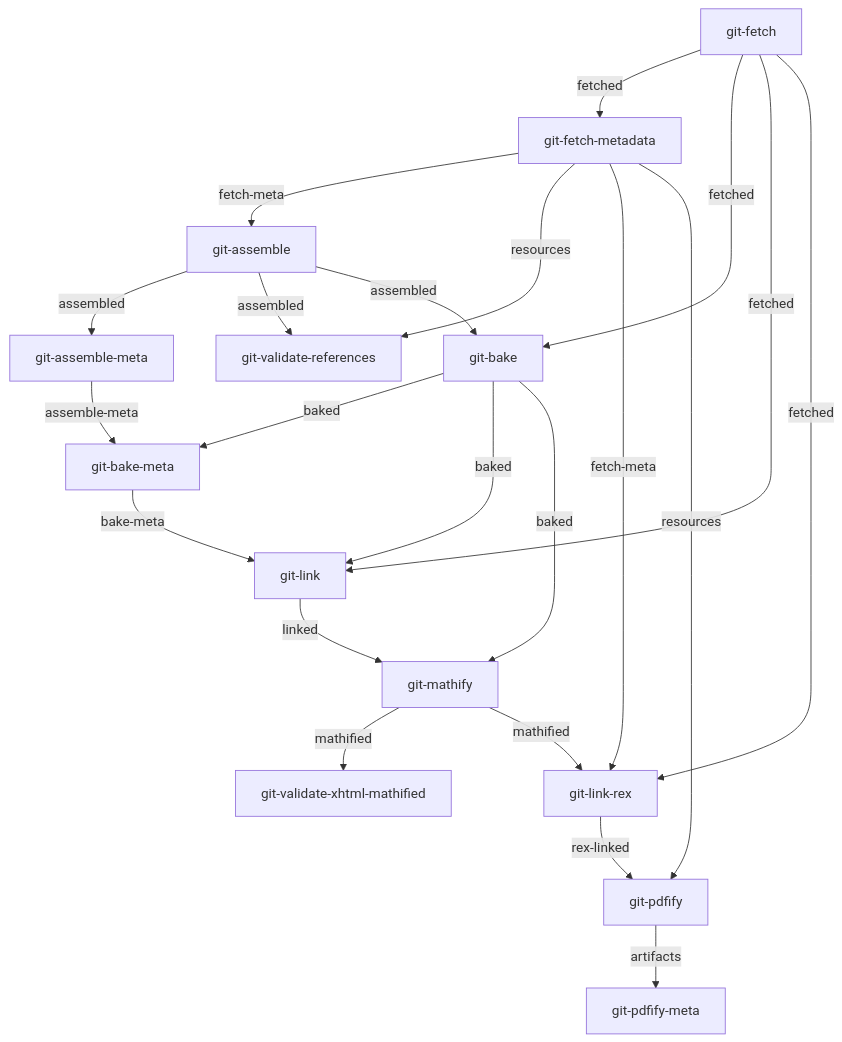
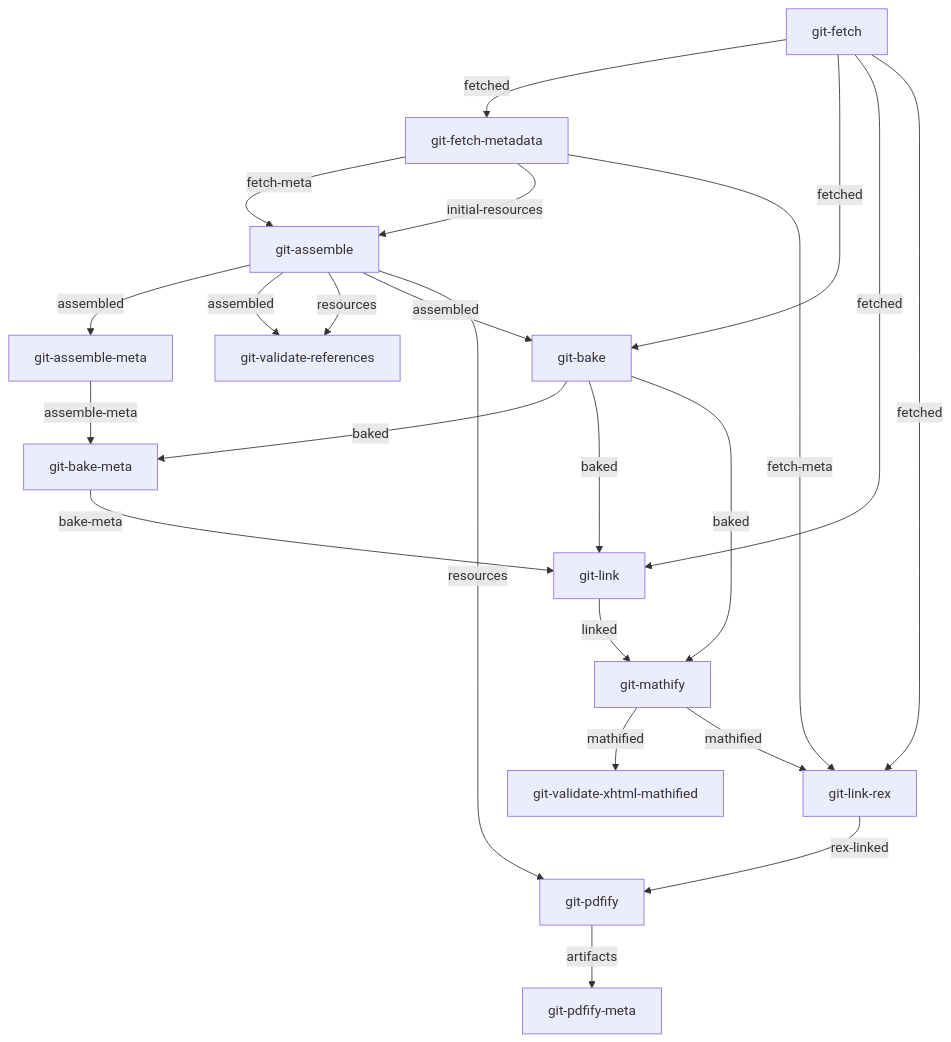
Before and after one commit to openstax/enki: the diagram in README.md, drawn with Mermaid. The commit also changed 10 other files, not shown here.

Commit message:
add initial resources folder into the steps

````diff
--- a/README.md
+++ b/README.md
@@ -111,24 +111,25 @@
 ```mermaid
 graph TB
     git-fetch -- fetched --> git-fetch-metadata
     git-fetch-metadata -- fetch-meta --> git-assemble
+    git-fetch-metadata -- initial-resources --> git-assemble
     git-assemble -- assembled --> git-assemble-meta
     git-assemble -- assembled --> git-validate-references
-    git-fetch-metadata -- resources --> git-validate-references
+    git-assemble -- resources --> git-validate-references
     git-fetch -- fetched --> git-bake
     git-assemble -- assembled --> git-bake
     git-assemble-meta -- assemble-meta --> git-bake-meta
     git-bake -- baked --> git-bake-meta
     git-bake -- baked --> git-link
     git-bake-meta -- bake-meta --> git-link
     git-fetch -- fetched --> git-link
     git-link -- linked --> git-mathify
     git-bake -- baked --> git-mathify
     git-mathify -- mathified --> git-validate-xhtml-mathified
     git-mathify -- mathified --> git-link-rex
     git-fetch -- fetched --> git-link-rex
     git-fetch-metadata -- fetch-meta --> git-link-rex
     git-link-rex -- rex-linked --> git-pdfify
-    git-fetch-metadata -- resources --> git-pdfify
+    git-assemble -- resources --> git-pdfify
     git-pdfify -- artifacts --> git-pdfify-meta
 ```
````
